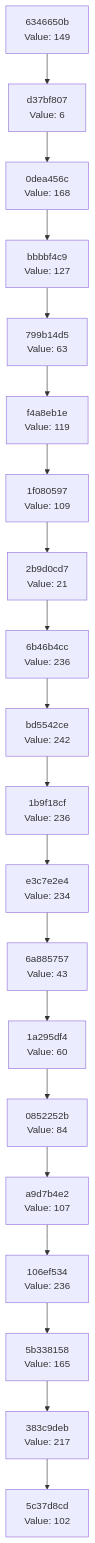
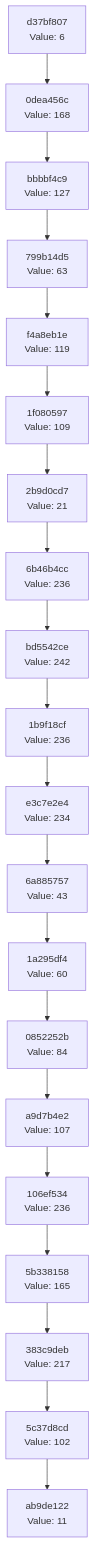
The diagram in docs/CHAIN_VISUALIZATION.md (Abhisheksinha1506/hash-chain-evolver), drawn with Mermaid before and after one commit. The commit also changed 2 other files, not shown here.

Commit message:
Evolution step: hash 0x0B → action executed

````diff
--- a/docs/CHAIN_VISUALIZATION.md
+++ b/docs/CHAIN_VISUALIZATION.md
@@ -3,42 +3,42 @@
 ```mermaid
 graph TD
-    C0["5c37d8cd<br/>Value: 102"]
-    C1["383c9deb<br/>Value: 217"]
+    C0["ab9de122<br/>Value: 11"]
+    C1["5c37d8cd<br/>Value: 102"]
     C1 --> C0
-    C2["5b338158<br/>Value: 165"]
+    C2["383c9deb<br/>Value: 217"]
     C2 --> C1
-    C3["106ef534<br/>Value: 236"]
+    C3["5b338158<br/>Value: 165"]
     C3 --> C2
-    C4["a9d7b4e2<br/>Value: 107"]
+    C4["106ef534<br/>Value: 236"]
     C4 --> C3
-    C5["0852252b<br/>Value: 84"]
+    C5["a9d7b4e2<br/>Value: 107"]
     C5 --> C4
-    C6["1a295df4<br/>Value: 60"]
+    C6["0852252b<br/>Value: 84"]
     C6 --> C5
-    C7["6a885757<br/>Value: 43"]
+    C7["1a295df4<br/>Value: 60"]
     C7 --> C6
-    C8["e3c7e2e4<br/>Value: 234"]
+    C8["6a885757<br/>Value: 43"]
     C8 --> C7
-    C9["1b9f18cf<br/>Value: 236"]
+    C9["e3c7e2e4<br/>Value: 234"]
     C9 --> C8
-    C10["bd5542ce<br/>Value: 242"]
+    C10["1b9f18cf<br/>Value: 236"]
     C10 --> C9
-    C11["6b46b4cc<br/>Value: 236"]
+    C11["bd5542ce<br/>Value: 242"]
     C11 --> C10
-    C12["2b9d0cd7<br/>Value: 21"]
+    C12["6b46b4cc<br/>Value: 236"]
     C12 --> C11
-    C13["1f080597<br/>Value: 109"]
+    C13["2b9d0cd7<br/>Value: 21"]
     C13 --> C12
-    C14["f4a8eb1e<br/>Value: 119"]
+    C14["1f080597<br/>Value: 109"]
     C14 --> C13
-    C15["799b14d5<br/>Value: 63"]
+    C15["f4a8eb1e<br/>Value: 119"]
     C15 --> C14
-    C16["bbbbf4c9<br/>Value: 127"]
+    C16["799b14d5<br/>Value: 63"]
     C16 --> C15
-    C17["0dea456c<br/>Value: 168"]
+    C17["bbbbf4c9<br/>Value: 127"]
     C17 --> C16
-    C18["d37bf807<br/>Value: 6"]
+    C18["0dea456c<br/>Value: 168"]
     C18 --> C17
-    C19["6346650b<br/>Value: 149"]
+    C19["d37bf807<br/>Value: 6"]
     C19 --> C18
 ```
````
